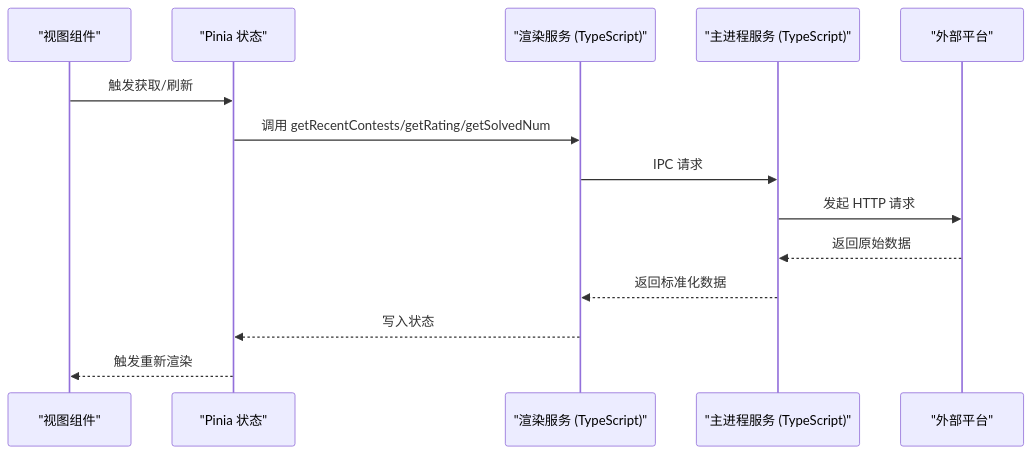
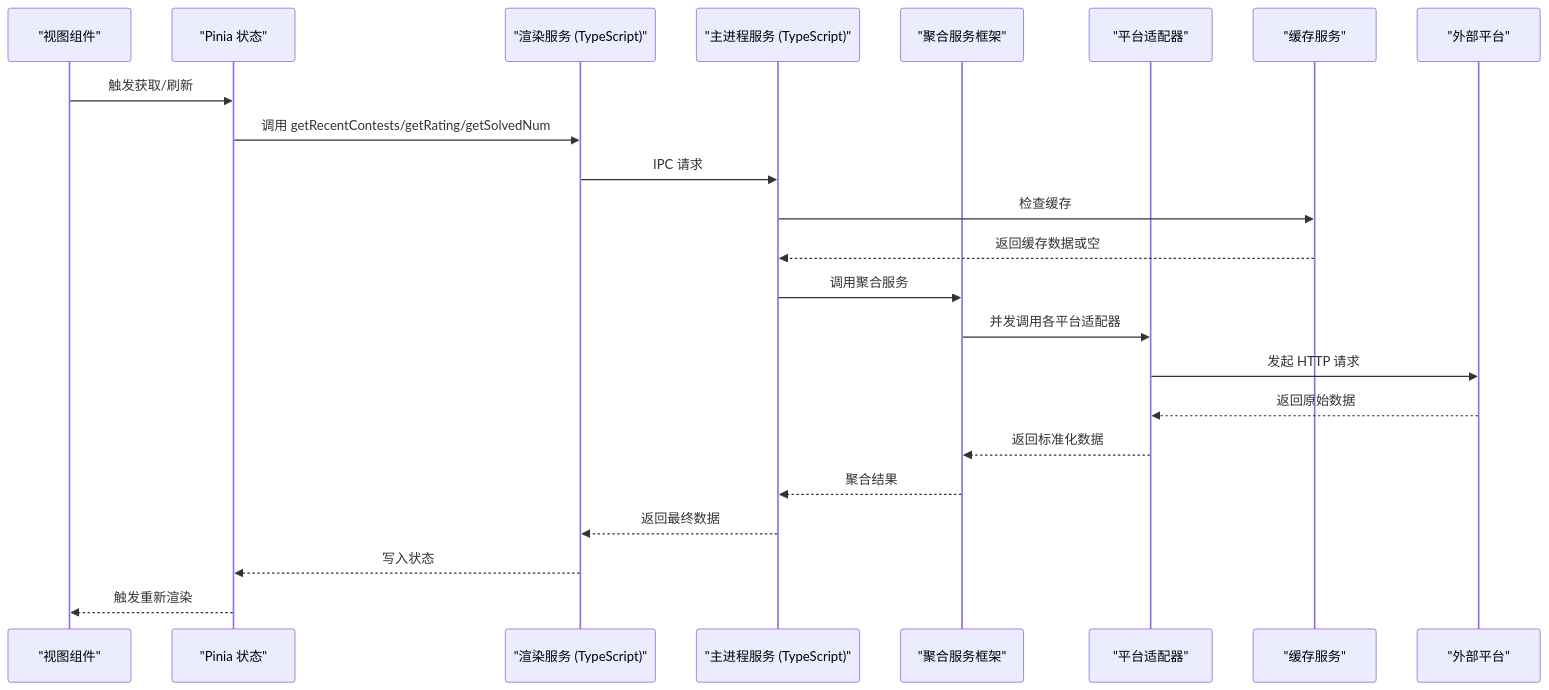
The second of 10 diagrams in .qoder/repowiki/zh/content/核心功能模块/核心功能模块.md (Siborne/OJFlow), drawn with Mermaid before and after one commit. The commit also changed other lines of this file and 23 other files, not shown here.

````diff
--- a/.qoder/repowiki/zh/content/核心功能模块/核心功能模块.md
+++ b/.qoder/repowiki/zh/content/核心功能模块/核心功能模块.md
@@ -115,16 +148,25 @@
 ```mermaid
 sequenceDiagram
 participant View as "视图组件"
 participant Store as "Pinia 状态"
 participant Service as "渲染服务 (TypeScript)"
 participant MainSvc as "主进程服务 (TypeScript)"
+participant Aggregator as "聚合服务框架"
+participant Adapter as "平台适配器"
+participant Cache as "缓存服务"
 participant Net as "外部平台"
 View->>Store : 触发获取/刷新
 Store->>Service : 调用 getRecentContests/getRating/getSolvedNum
 Service->>MainSvc : IPC 请求
-MainSvc->>Net : 发起 HTTP 请求
-Net-->>MainSvc : 返回原始数据
-MainSvc-->>Service : 返回标准化数据
+MainSvc->>Cache : 检查缓存
+Cache-->>MainSvc : 返回缓存数据或空
+MainSvc->>Aggregator : 调用聚合服务
+Aggregator->>Adapter : 并发调用各平台适配器
+Adapter->>Net : 发起 HTTP 请求
+Net-->>Adapter : 返回原始数据
+Adapter-->>Aggregator : 返回标准化数据
+Aggregator-->>MainSvc : 聚合结果
+MainSvc-->>Service : 返回最终数据
 Service-->>Store : 写入状态
 Store-->>View : 触发重新渲染
 ```
````
